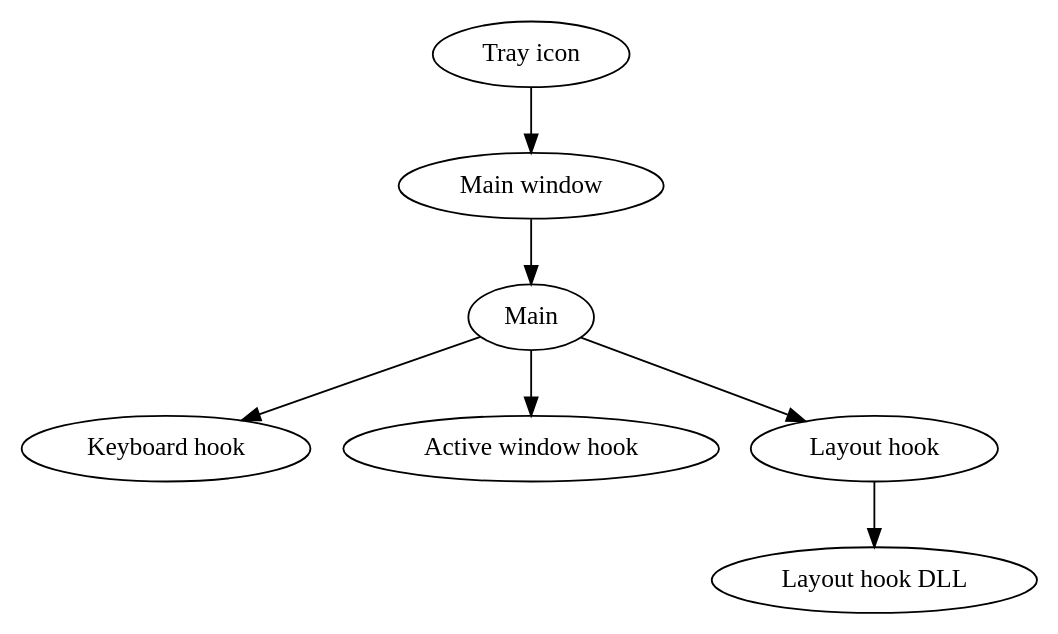
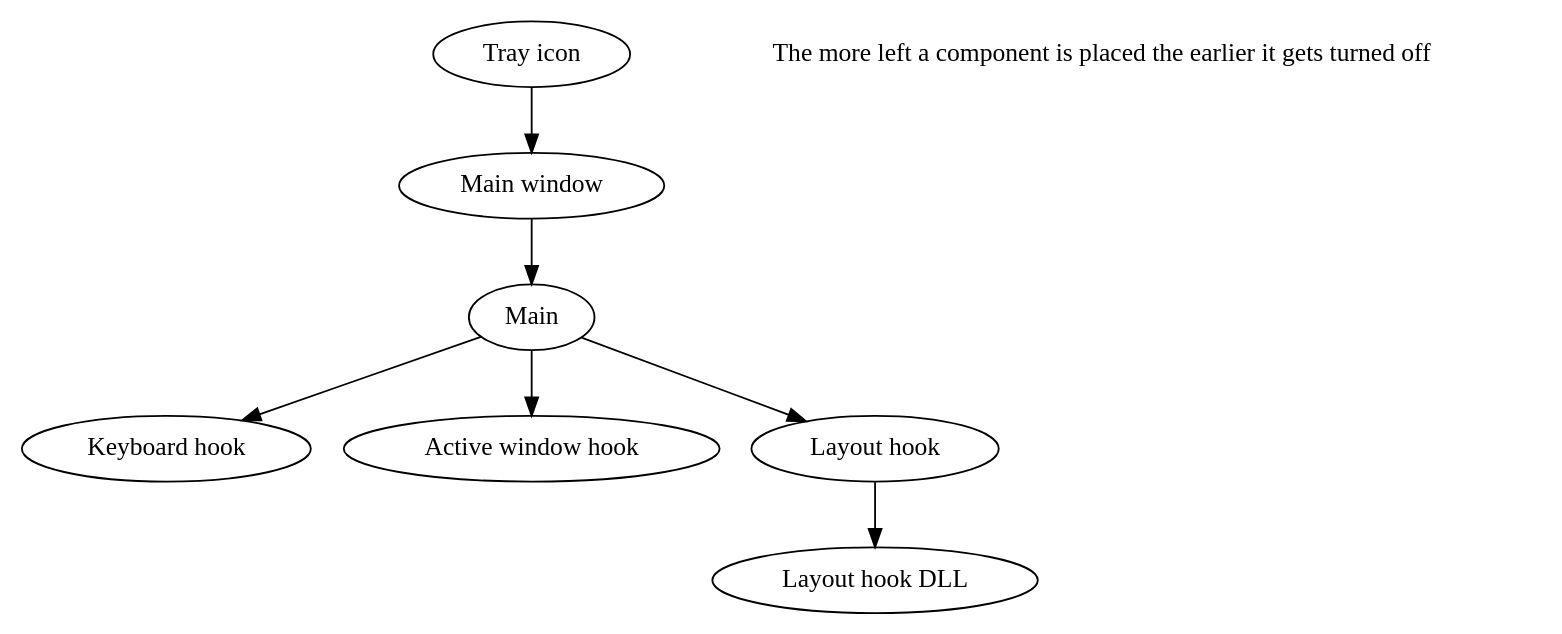
Before and after one commit to Rudokhvist/keyla: the diagram in diagrams/shutdown.dot, drawn with Graphviz. The commit also changed 17 other files, not shown here.

Commit message:
Modified hot key handling and updated diagrams

```diff
--- a/diagrams/shutdown.dot
+++ b/diagrams/shutdown.dot
@@ -1,16 +1,21 @@
 digraph initialization{	
+
 	Ti[label="Tray icon", pos="2.5,5!"]
 	Mw[label="Main window", pos="2.5,4!"]
 	Main[pos="2.5,3!"]
 	Kh[label="Keyboard hook", pos="0,2!"]
 	Ah[label="Active window hook", pos="2.5,2!"]
 	Lh[label="Layout hook", pos="5,2!"]
 	Lhd[label="Layout hook DLL", pos="5,1!"]
 	
 	Ti -> Mw
 	Mw -> Main
 	Main -> Kh
 	Main -> Ah
 	Main -> Lh
 	Lh -> Lhd
+	
+	subgraph Legend {
+		2[pos="2.5,0!",shape="plaintext",label="The more left a component is placed the earlier it gets turned off"]
+	}
 }
```
